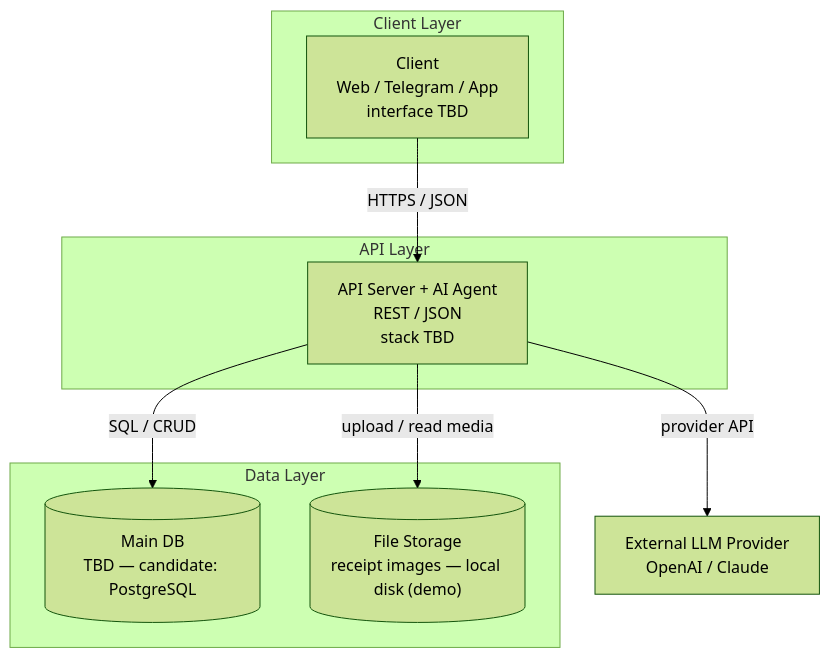
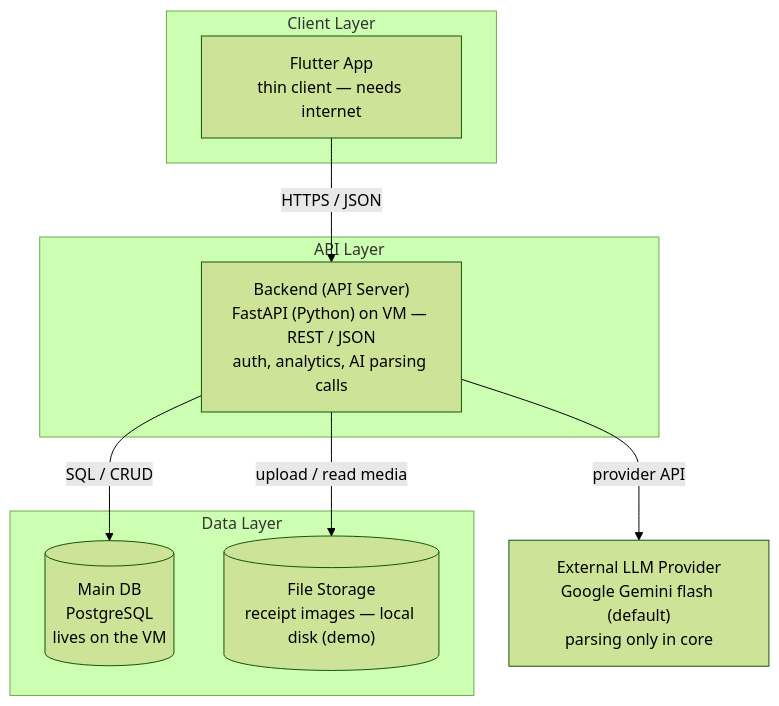
One commit to NullCorvus/finance-ai changed the first of 4 diagrams in docs/ARCHITECTURE.md. Above: the diagram before and after it, drawn with Mermaid (forest theme). The commit also changed other lines of this file and 24 other files, not shown here.

````diff
--- a/docs/ARCHITECTURE.md
+++ b/docs/ARCHITECTURE.md
@@ -21,20 +22,20 @@
 ```mermaid
 flowchart TD
     subgraph ClientLayer["Client Layer"]
-        Client["Client<br/>Web / Telegram / App<br/>interface TBD"]
+        Client["Flutter App<br/>thin client — needs internet"]
     end
 
     subgraph APILayer["API Layer"]
-        API["API Server + AI Agent<br/>REST / JSON<br/>stack TBD"]
+        API["Backend (API Server)<br/>FastAPI (Python) on VM — REST / JSON<br/>auth, analytics, AI parsing calls"]
     end
 
     subgraph DataLayer["Data Layer"]
-        DB[("Main DB<br/>TBD — candidate: PostgreSQL")]
+        DB[("Main DB<br/>PostgreSQL<br/>lives on the VM")]
         FS[("File Storage<br/>receipt images — local disk (demo)")]
     end
 
     Client -->|"HTTPS / JSON"| API
-    API -->|"provider API"| LLM["External LLM Provider<br/>OpenAI / Claude"]
+    API -->|"provider API"| LLM["External LLM Provider<br/>Google Gemini flash (default)<br/>parsing only in core"]
     API -->|"SQL / CRUD"| DB
     API -->|"upload / read media"| FS
 ```
````
